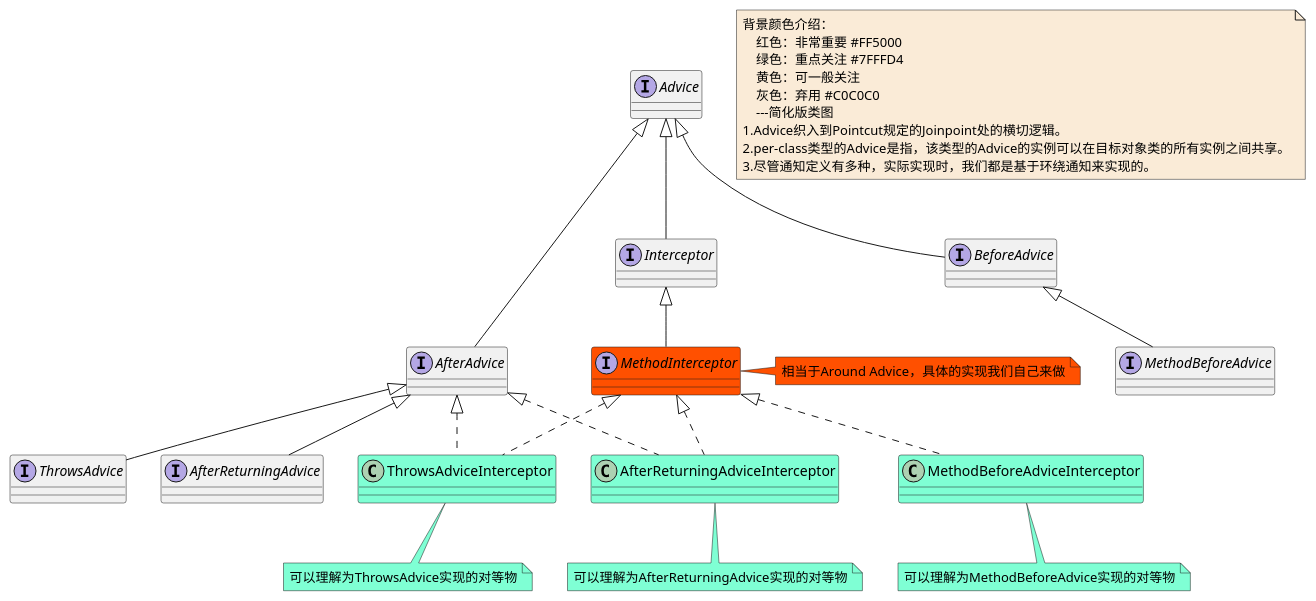
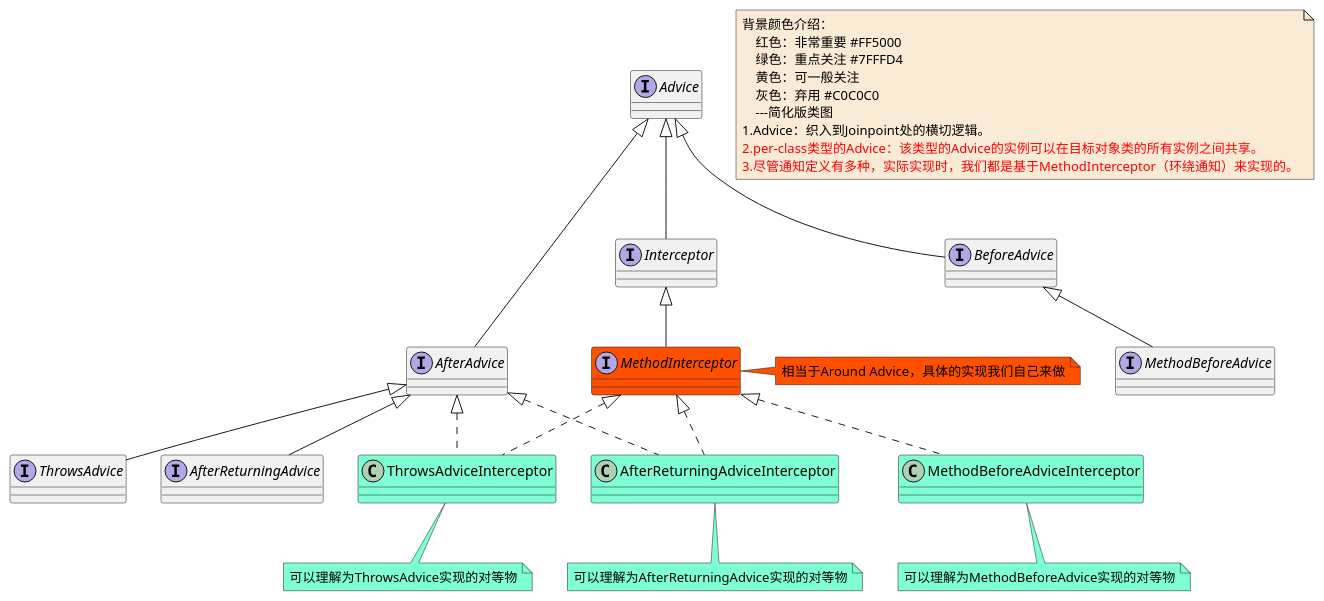
One commit to czwer/learn-spring-code changed the diagram in document/spring/base/class/AOP-Advice-per-class-class.puml. Above: the diagram before and after it, drawn with PlantUML. The commit also changed 9 other files, not shown here.

```diff
--- a/document/spring/base/class/AOP-Advice-per-class-class.puml
+++ b/document/spring/base/class/AOP-Advice-per-class-class.puml
@@ -1,58 +1,58 @@
 @startuml
 
 note  as N1 #FAEBD7
     背景颜色介绍：
         红色：非常重要 #FF5000
         绿色：重点关注 #7FFFD4
         黄色：可一般关注
         灰色：弃用 #C0C0C0
         ---简化版类图
-    1.Advice织入到Pointcut规定的Joinpoint处的横切逻辑。
-    2.per-class类型的Advice是指，该类型的Advice的实例可以在目标对象类的所有实例之间共享。
-    3.尽管通知定义有多种，实际实现时，我们都是基于环绕通知来实现的。
+    1.Advice：织入到Joinpoint处的横切逻辑。
+    <font color=red>2.per-class类型的Advice：该类型的Advice的实例可以在目标对象类的所有实例之间共享。</font>
+    <font color=red>3.尽管通知定义有多种，实际实现时，我们都是基于MethodInterceptor（环绕通知）来实现的。</font>
 end note
 
 interface Advice
 interface AfterAdvice
 interface AfterReturningAdvice
 interface BeforeAdvice
 interface MethodBeforeAdvice
 interface Interceptor
 interface MethodInterceptor #FF5000
 note right #FF5000: 相当于Around Advice，具体的实现我们自己来做
 interface ThrowsAdvice
 class AfterReturningAdviceInterceptor #7FFFD4
 note bottom #7FFFD4: 可以理解为AfterReturningAdvice实现的对等物
 class MethodBeforeAdviceInterceptor #7FFFD4
 note bottom #7FFFD4: 可以理解为MethodBeforeAdvice实现的对等物
 class ThrowsAdviceInterceptor #7FFFD4
 note bottom #7FFFD4: 可以理解为ThrowsAdvice实现的对等物
 
 
 
 
 Advice <|-- AfterAdvice
 Advice <|-- BeforeAdvice
 Advice <|-- Interceptor
 
 
 AfterAdvice <|-- AfterReturningAdvice
 AfterAdvice <|.. AfterReturningAdviceInterceptor
 AfterAdvice <|-- ThrowsAdvice
 AfterAdvice <|.. ThrowsAdviceInterceptor
 
 
 
 BeforeAdvice <|--  MethodBeforeAdvice
 
 Interceptor <|-- MethodInterceptor
 
 
 MethodInterceptor <|.. AfterReturningAdviceInterceptor
 MethodInterceptor <|.. MethodBeforeAdviceInterceptor
 MethodInterceptor <|.. ThrowsAdviceInterceptor
 
 
 
 
 @enduml
```
